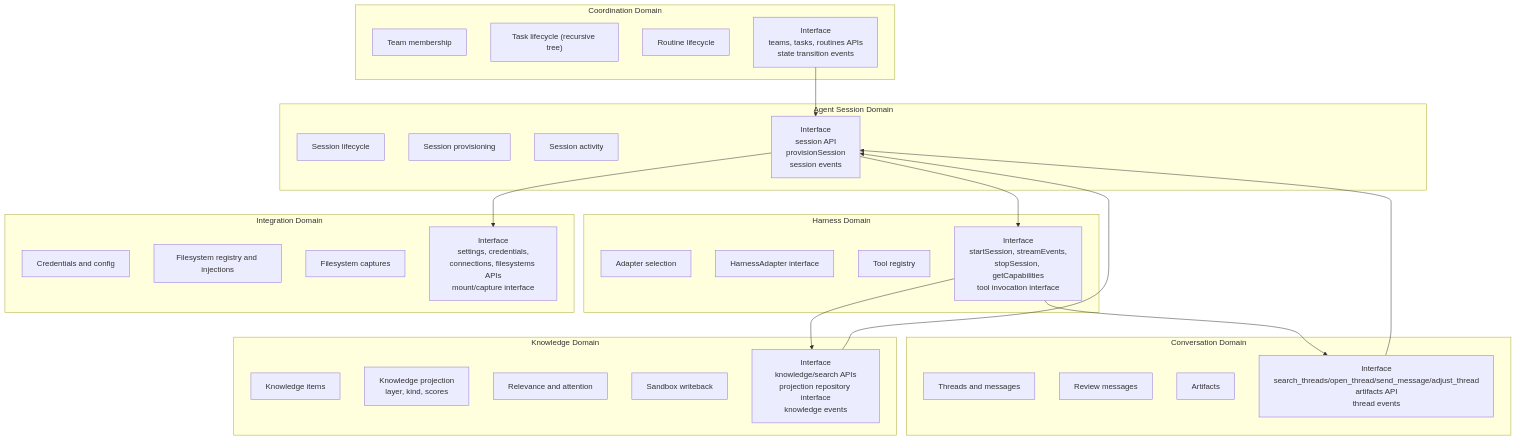
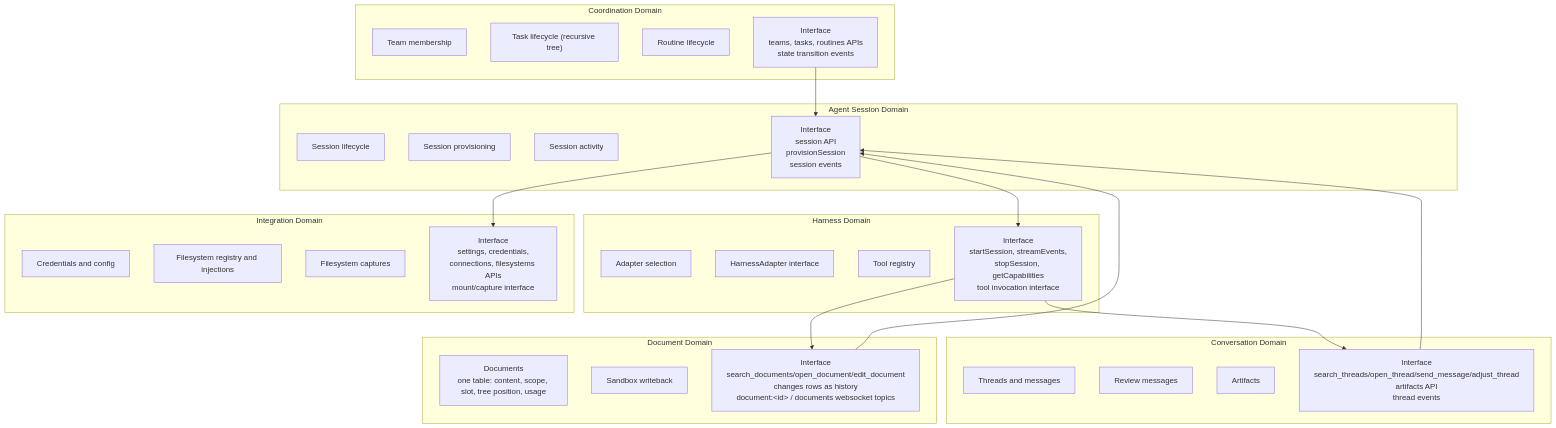
The second of 12 diagrams in docs/architecture/as-implemented-domain-architecture.md (idle-builders/hyperidle), drawn with Mermaid before and after one commit. The commit also changed other lines of this file and 702 other files, not shown here.

First line of the commit message:
Document module: search, open, edit through one declaration (#556)

````diff
--- a/docs/architecture/as-implemented-domain-architecture.md
+++ b/docs/architecture/as-implemented-domain-architecture.md
@@ -41,53 +41,51 @@
 ```mermaid
 flowchart TB
   subgraph Coordination["Coordination Domain"]
     Team["Team membership"]
     Task["Task lifecycle (recursive tree)"]
     Routine["Routine lifecycle"]
     CoordinationAPI["Interface\nteams, tasks, routines APIs\nstate transition events"]
   end
 
   subgraph Conversation["Conversation Domain"]
     Thread["Threads and messages"]
     Review["Review messages"]
     Artifact["Artifacts"]
     ConversationAPI["Interface\nsearch_threads/open_thread/send_message/adjust_thread\nartifacts API\nthread events"]
   end
 
-  subgraph Knowledge["Knowledge Domain"]
-    KnowledgeItem["Knowledge items"]
-    KnowledgeProjection["Knowledge projection\nlayer, kind, scores"]
-    Relevance["Relevance and attention"]
+  subgraph Knowledge["Document Domain"]
+    Document["Documents\none table: content, scope, slot, tree position, usage"]
     Writeback["Sandbox writeback"]
-    KnowledgeAPI["Interface\nknowledge/search APIs\nprojection repository interface\nknowledge events"]
+    KnowledgeAPI["Interface\nsearch_documents/open_document/edit_document\nchanges rows as history\ndocument:&lt;id&gt; / documents websocket topics"]
   end
 
   subgraph Session["Agent Session Domain"]
     SessionLifecycle["Session lifecycle"]
     Provisioning["Session provisioning"]
     Activity["Session activity"]
     SessionAPI["Interface\nsession API\nprovisionSession\nsession events"]
   end
 
   subgraph Harness["Harness Domain"]
     AdapterPool["Adapter selection"]
     AdapterContract["HarnessAdapter interface"]
     Tools["Tool registry"]
     HarnessAPI["Interface\nstartSession, streamEvents,\nstopSession, getCapabilities\ntool invocation interface"]
   end
 
   subgraph Integration["Integration Domain"]
     Credentials["Credentials and config"]
     Filesystems["Filesystem registry and injections"]
     Captures["Filesystem captures"]
     IntegrationAPI["Interface\nsettings, credentials,\nconnections, filesystems APIs\nmount/capture interface"]
   end
 
   CoordinationAPI --> SessionAPI
   ConversationAPI --> SessionAPI
   KnowledgeAPI --> SessionAPI
   SessionAPI --> HarnessAPI
   SessionAPI --> IntegrationAPI
   HarnessAPI --> ConversationAPI
   HarnessAPI --> KnowledgeAPI
 ```
````
